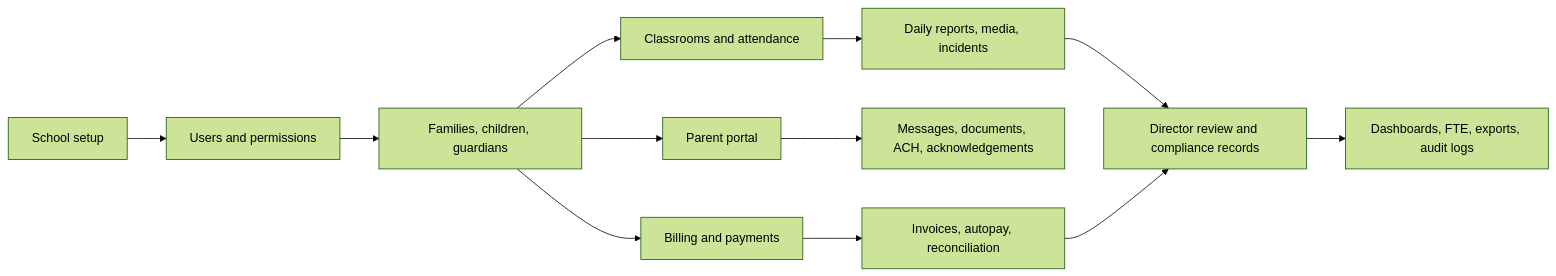
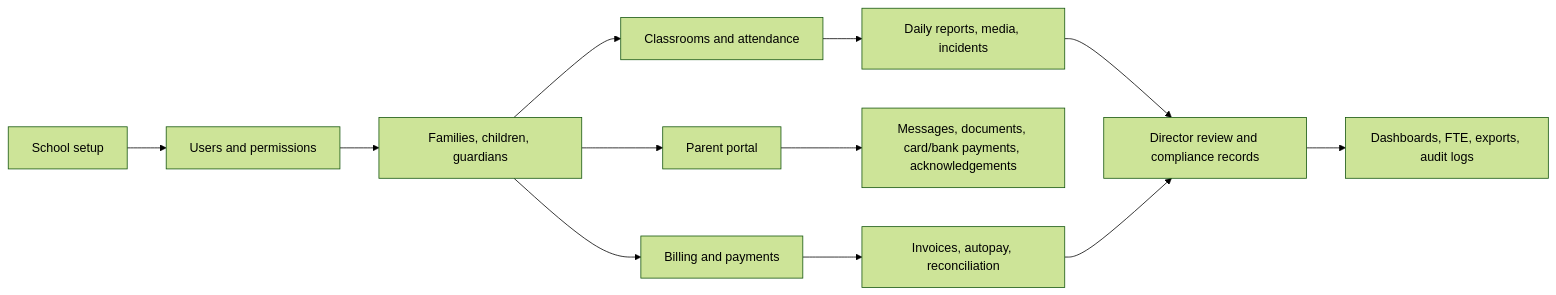
Before and after one commit to BrunerDigital/TheBEESuite: the first of 2 diagrams in docs/sops/SCHOOL_SYSTEM_OPERATING_MANUAL.md, drawn with Mermaid (forest theme). The commit also changed other lines of this file and 117 other files, not shown here.

````diff
--- a/docs/sops/SCHOOL_SYSTEM_OPERATING_MANUAL.md
+++ b/docs/sops/SCHOOL_SYSTEM_OPERATING_MANUAL.md
@@ -21,14 +23,14 @@
 ```mermaid
 flowchart LR
   A["School setup"] --> B["Users and permissions"]
   B --> C["Families, children, guardians"]
   C --> D["Classrooms and attendance"]
   C --> E["Parent portal"]
   C --> F["Billing and payments"]
   D --> G["Daily reports, media, incidents"]
-  E --> H["Messages, documents, ACH, acknowledgements"]
+  E --> H["Messages, documents, card/bank payments, acknowledgements"]
   F --> I["Invoices, autopay, reconciliation"]
   G --> J["Director review and compliance records"]
   I --> J
   J --> K["Dashboards, FTE, exports, audit logs"]
 ```
````
